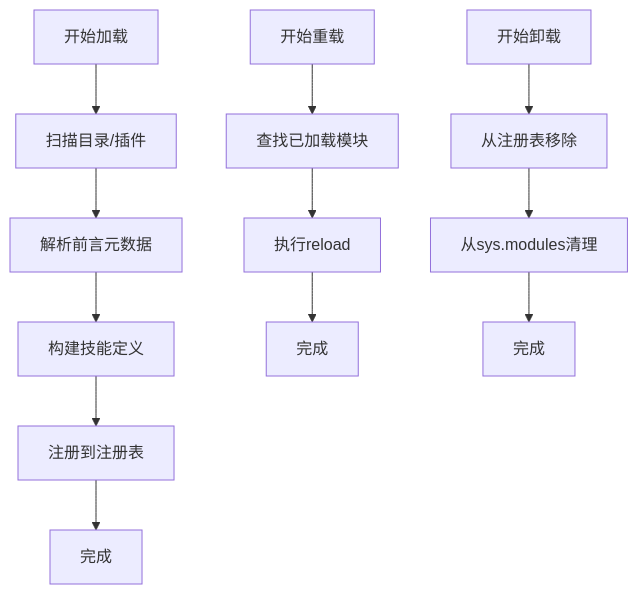
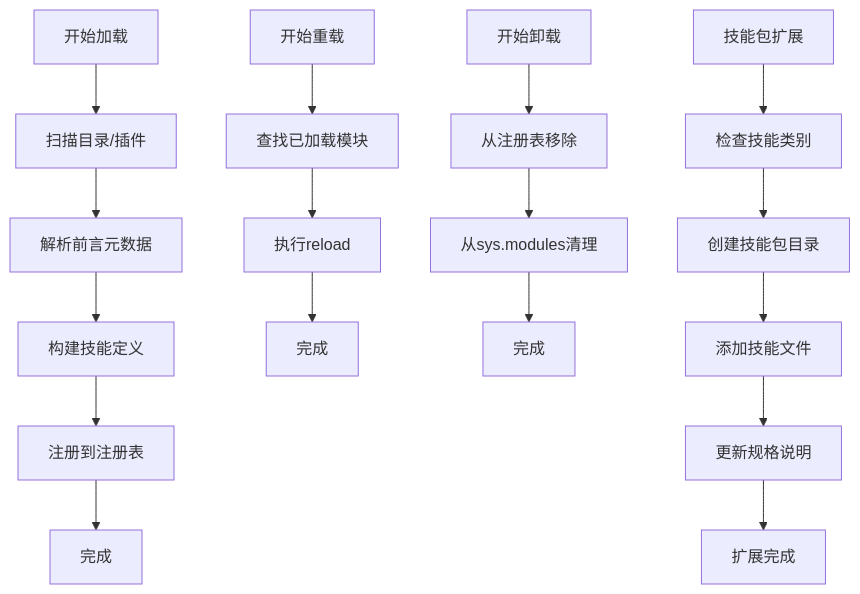
One commit to inier/ontology-graphiti changed the tenth of 10 diagrams in .qoder/repowiki/zh/content/核心模块/平台支撑模块/技能系统.md. Above: the diagram before and after it, drawn with Mermaid. The commit also changed other lines of this file and 18 other files, not shown here.

````diff
--- a/.qoder/repowiki/zh/content/核心模块/平台支撑模块/技能系统.md
+++ b/.qoder/repowiki/zh/content/核心模块/平台支撑模块/技能系统.md
@@ -444,14 +510,19 @@
 ```mermaid
 flowchart TD
 LStart["开始加载"] --> Scan["扫描目录/插件"]
 Scan --> Parse["解析前言元数据"]
 Parse --> Build["构建技能定义"]
 Build --> Reg["注册到注册表"]
 Reg --> LEnd["完成"]
 RStart["开始重载"] --> Find["查找已加载模块"]
 Find --> Reload["执行reload"]
 Reload --> REnd["完成"]
 OStart["开始卸载"] --> Unreg["从注册表移除"]
 Unreg --> Clean["从sys.modules清理"]
 Clean --> OEnd["完成"]
+ESStart["技能包扩展"] --> CheckCat["检查技能类别"]
+CheckCat --> CreateDir["创建技能包目录"]
+CreateDir --> AddFiles["添加技能文件"]
+AddFiles --> UpdateSpec["更新规格说明"]
+UpdateSpec --> ESComplete["扩展完成"]
 ```
````
